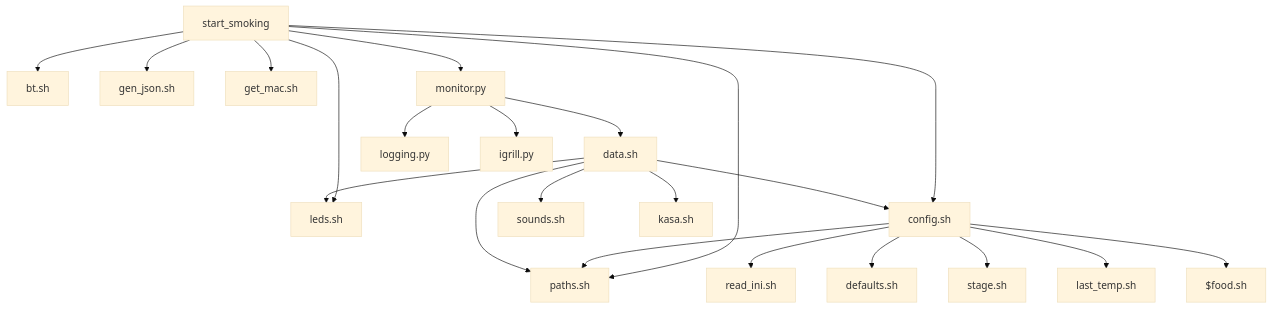
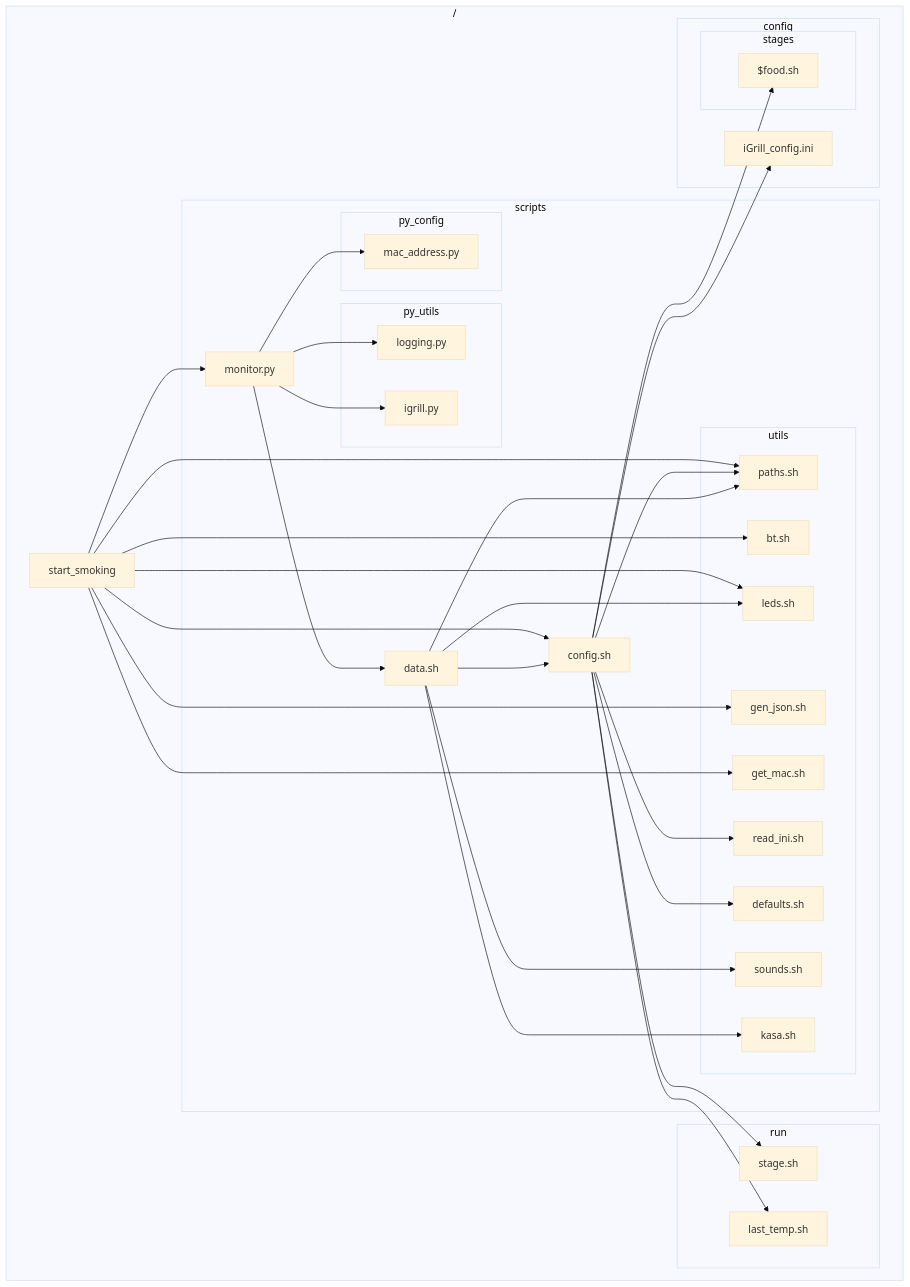
One commit to kins-dev/igrill-smoker changed the diagram in documentation/relation.mmd. Above: the diagram before and after it, drawn with Mermaid (base theme). The commit also changed 6 other files, not shown here.

```diff
--- a/documentation/relation.mmd
+++ b/documentation/relation.mmd
@@ -1,22 +1,61 @@
 graph TD
-start_smoking --> paths.sh
-start_smoking --> bt.sh
-start_smoking --> leds.sh
-start_smoking --> config.sh
-start_smoking --> gen_json.sh
-start_smoking --> get_mac.sh
-start_smoking --> monitor.py
-monitor.py --> data.sh
-monitor.py --> logging.py
-monitor.py --> igrill.py
-config.sh --> paths.sh
-config.sh --> read_ini.sh
-config.sh --> defaults.sh
-config.sh --> stage.sh
-config.sh --> last_temp.sh
-config.sh --> $food.sh
-data.sh --> paths.sh
-data.sh --> leds.sh
-data.sh --> sounds.sh
-data.sh --> kasa.sh
-data.sh --> config.sh
+    subgraph /
+        start_smoking
+    
+        subgraph scripts
+            monitor.py
+            config.sh
+            data.sh
+            subgraph py_utils
+                igrill.py
+                logging.py
+            end
+            subgraph py_config
+                mac_address.py
+            end
+            subgraph utils
+                read_ini.sh
+                paths.sh
+                defaults.sh
+                leds.sh
+                sounds.sh
+                kasa.sh
+                bt.sh
+                get_mac.sh
+                gen_json.sh
+            end
+        end
+        subgraph run
+            stage.sh
+            last_temp.sh
+        end
+        subgraph config
+            subgraph stages
+                $food.sh
+            end
+            iGrill_config.ini
+        end
+    end
+    config.sh --> iGrill_config.ini
+    config.sh --> $food.sh
+    config.sh --> stage.sh
+    config.sh --> last_temp.sh
+    start_smoking --> paths.sh
+    start_smoking --> bt.sh
+    start_smoking --> leds.sh
+    start_smoking --> config.sh
+    start_smoking --> gen_json.sh
+    start_smoking --> get_mac.sh
+    start_smoking --> monitor.py
+    monitor.py --> data.sh
+    monitor.py --> mac_address.py
+    monitor.py --> logging.py
+    monitor.py --> igrill.py
+    config.sh --> paths.sh
+    config.sh --> read_ini.sh
+    config.sh --> defaults.sh
+    data.sh --> paths.sh
+    data.sh --> sounds.sh
+    data.sh --> kasa.sh
+    data.sh --> config.sh
+    data.sh --> leds.sh
```
